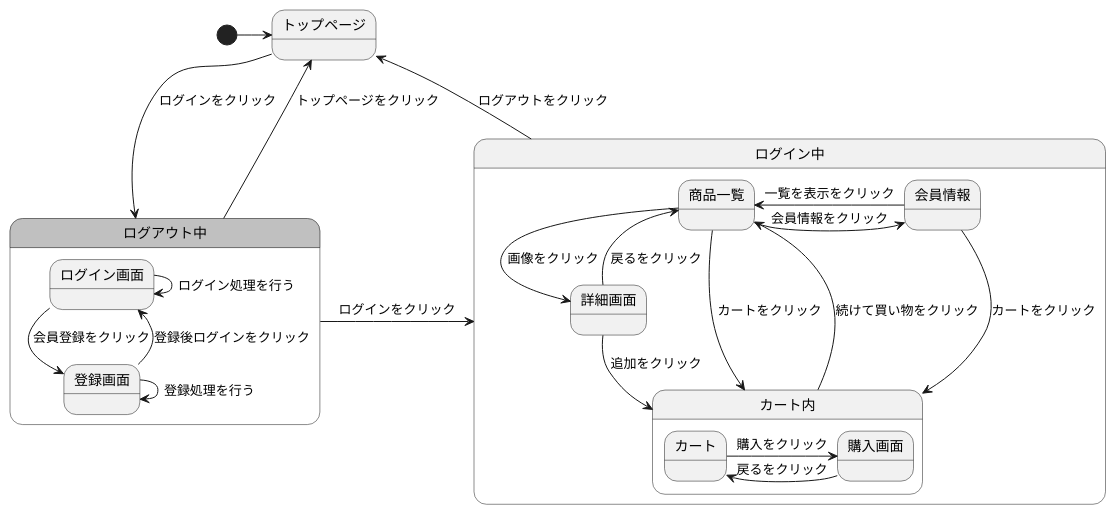
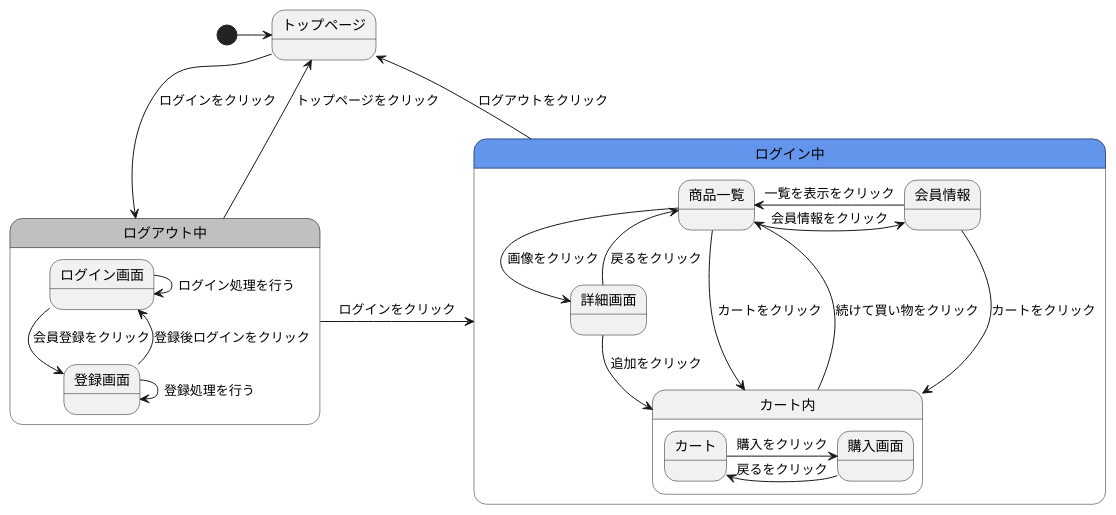
The diagram in gamen2.md (Aso2001409/2021sys-design), drawn with PlantUML before and after one commit.

````diff
--- a/gamen2.md
+++ b/gamen2.md
@@ -1,29 +1,29 @@
 ```uml
 @startuml
 [*]->トップページ
 トップページ-->ログアウト中 :ログインをクリック
 ログアウト中->トップページ :トップページをクリック
 ログイン中->トップページ : ログアウトをクリック
 state ログアウト中 #C0C0C0{
   ログイン画面-->登録画面 :会員登録をクリック
   ログイン画面->ログイン画面 :ログイン処理を行う
   登録画面->登録画面 :登録処理を行う
   登録画面--> ログイン画面 :登録後ログインをクリック
 }
 ログアウト中->ログイン中 :ログインをクリック
-state ログイン中{
+state ログイン中 #6495ED{
   商品一覧-->詳細画面 :画像をクリック
   商品一覧--->カート内 :カートをクリック
   商品一覧->会員情報 :会員情報をクリック
   詳細画面->商品一覧 :戻るをクリック
   詳細画面->カート内 :追加をクリック
   会員情報->商品一覧 :一覧を表示をクリック
   会員情報->カート内 :カートをクリック
   state カート内{
     カート->購入画面 :購入をクリック
     購入画面->カート :戻るをクリック
     }  
   カート内->商品一覧 :続けて買い物をクリック
   }
 @enduml
 ```
````
